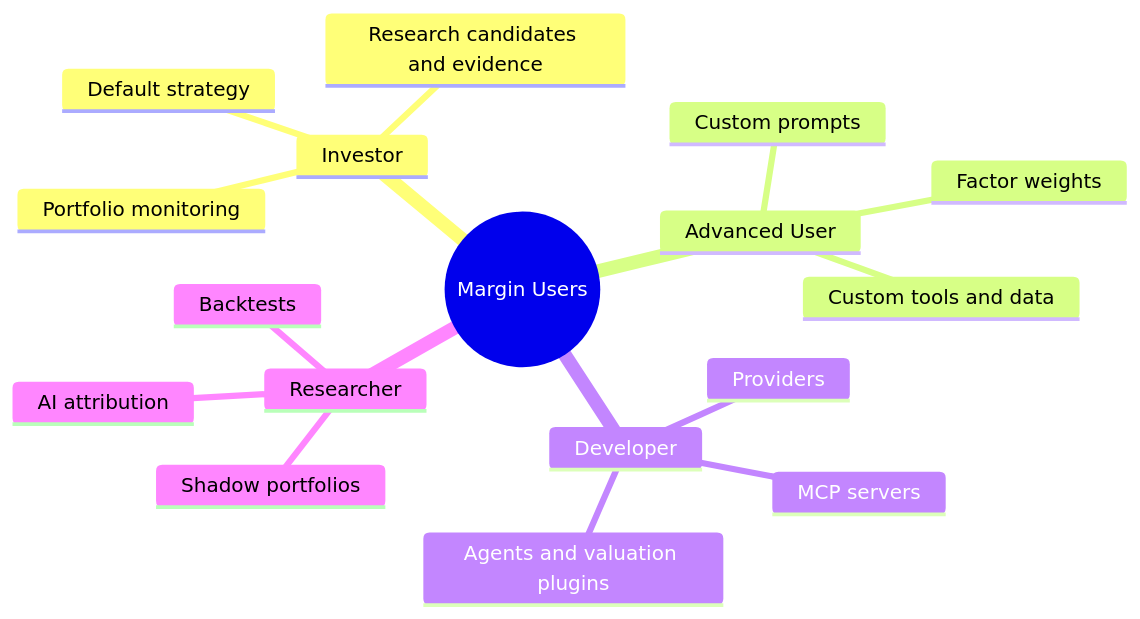
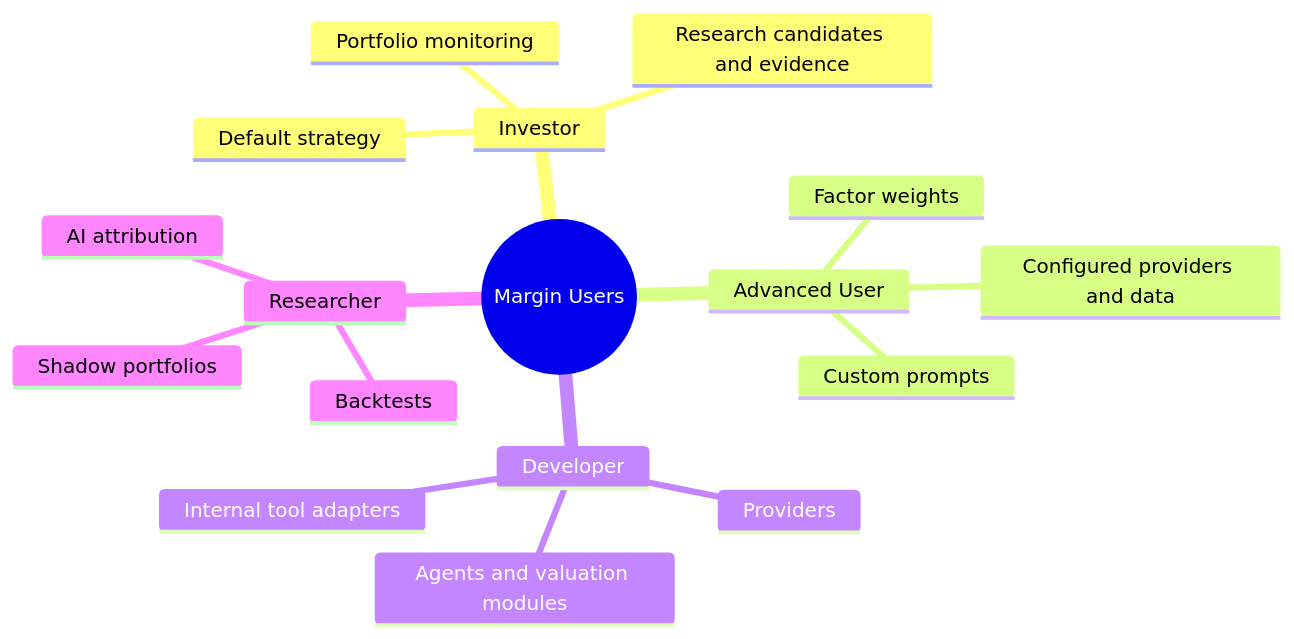
One commit to RickyW0529/Margin changed the second of 14 diagrams in docs/design/v0.1/product/Margin_Product_Design_v0.1_EN.md. Above: the diagram before and after it, drawn with Mermaid. The commit also changed other lines of this file and 64 other files, not shown here.

````diff
--- a/docs/design/v0.1/product/Margin_Product_Design_v0.1_EN.md
+++ b/docs/design/v0.1/product/Margin_Product_Design_v0.1_EN.md
@@ -97,20 +98,20 @@
 ```mermaid
 mindmap
   root((Margin Users))
     Investor
       Default strategy
       Research candidates and evidence
       Portfolio monitoring
     Advanced User
       Custom prompts
       Factor weights
-      Custom tools and data
+      Configured providers and data
     Developer
       Providers
-      MCP servers
-      Agents and valuation plugins
+      Internal tool adapters
+      Agents and valuation modules
     Researcher
       Backtests
       Shadow portfolios
       AI attribution
 ```
````
